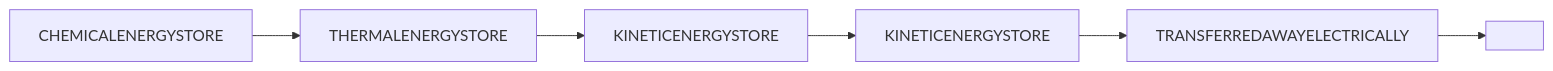
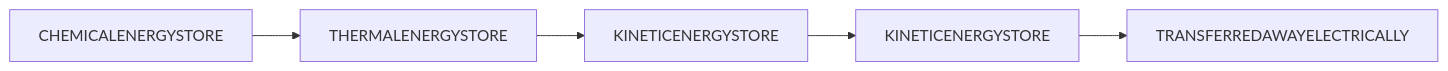
The diagram in docs/Unit 4/4_4_energy-resources.md (devautour/igcse-physics), drawn with Mermaid before and after one commit. The commit also changed other lines of this file and 38 other files, not shown here.

````diff
--- a/docs/Unit 4/4_4_energy-resources.md
+++ b/docs/Unit 4/4_4_energy-resources.md
@@ -144,8 +96,7 @@
 ```mermaid
 graph LR
     A[CHEMICALENERGYSTORE] --> B[THERMALENERGYSTORE]
     B --> C[KINETICENERGYSTORE]
     C --> D[KINETICENERGYSTORE]
     D --> E[TRANSFERREDAWAYELECTRICALLY]
-    E --> F[ ]
 ```
````
